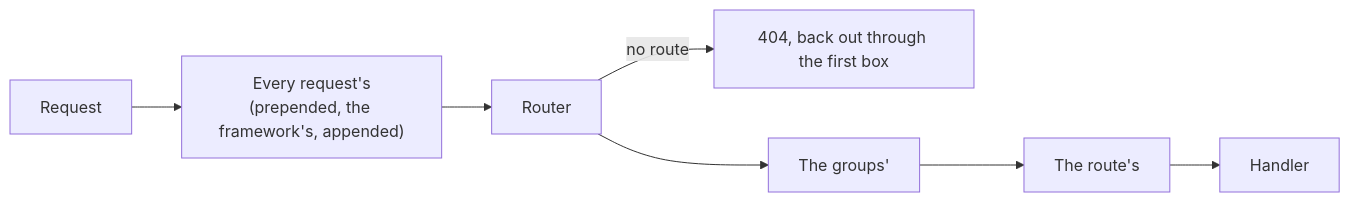
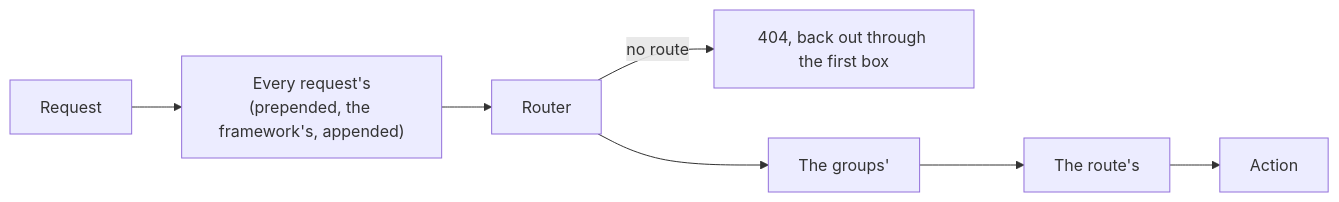
One commit to crabphp/framework changed the third of 4 diagrams in ARCHITECTURE.md. Above: the diagram before and after it, drawn with Mermaid. The commit also changed other lines of this file and 92 other files, not shown here.

First line of the commit message:
Add events, a cache, a queue and a scheduler, a guide, and call a route's target an action

```diff
--- a/ARCHITECTURE.md
+++ b/ARCHITECTURE.md
@@ -182,7 +188,7 @@
 ~~~mermaid
 flowchart LR
     R[Request] --> G["Every request's<br/>(prepended, the framework's, appended)"]
     G --> RT[Router]
     RT -->|no route| NF[404, back out through the first box]
-    RT --> GR["The groups'"] --> RO["The route's"] --> H[Handler]
+    RT --> GR["The groups'"] --> RO["The route's"] --> H[Action]
 ~~~
```
